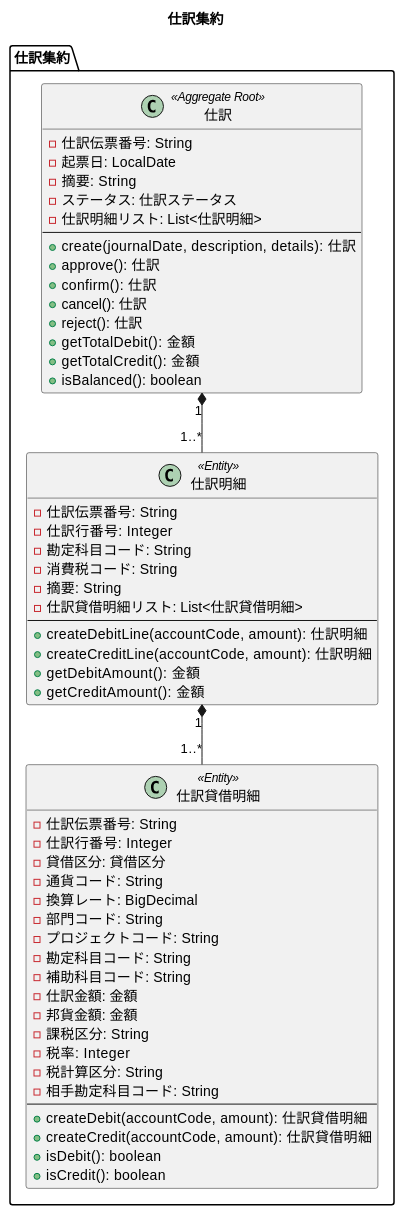
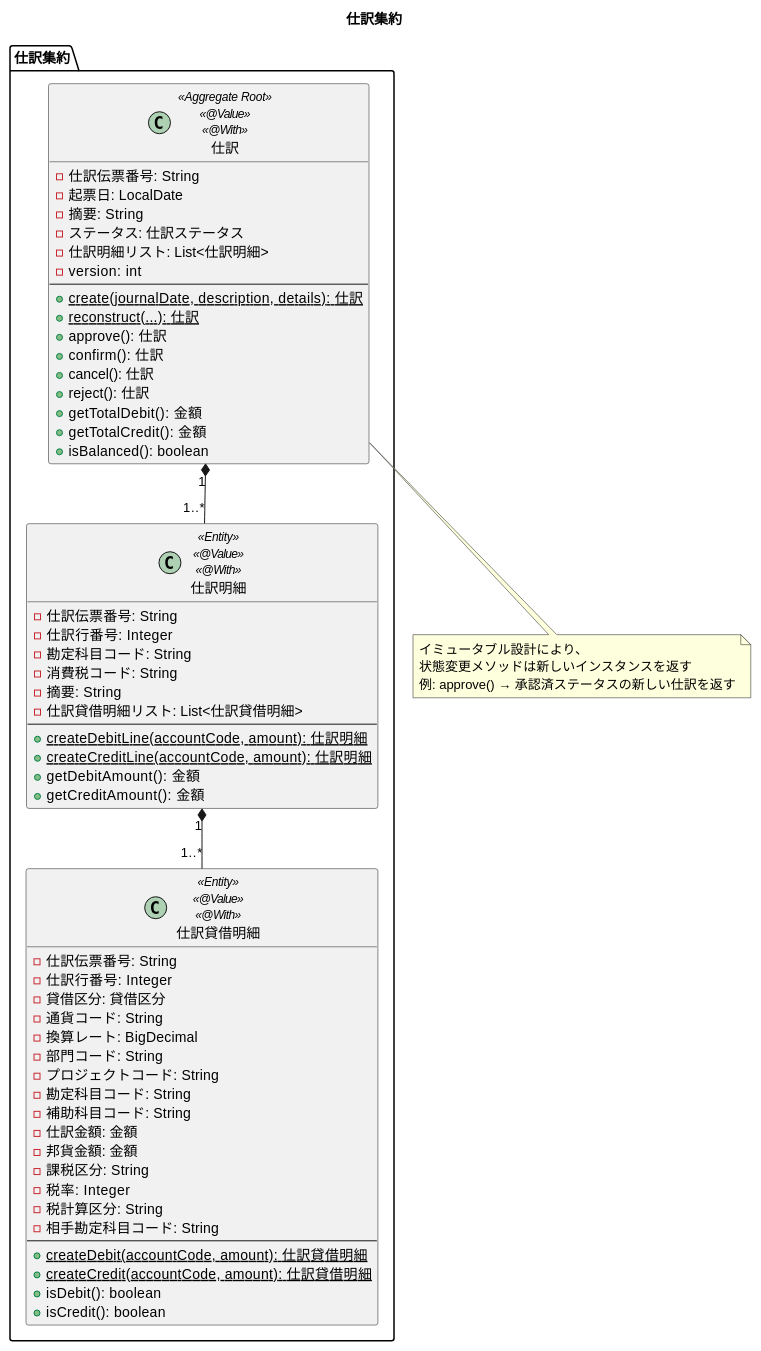
Before and after one commit to k2works/case-study-accounting: diagram 12 of 26 in docs/design/domain-model.md, drawn with PlantUML. The commit also changed other lines of this file and 1 other file, not shown here.

First line of the commit message:
docs: エンティティ設計を @Value と @With によるイミュータブル設計に更新

````diff
--- a/docs/design/domain-model.md
+++ b/docs/design/domain-model.md
@@ -329,65 +432,73 @@
 ```plantuml
 @startuml
 title 仕訳集約
 
 package "仕訳集約" {
-  class 仕訳 <<Aggregate Root>> {
+  class 仕訳 <<Aggregate Root>> <<@Value>> <<@With>> {
     - 仕訳伝票番号: String
     - 起票日: LocalDate
     - 摘要: String
     - ステータス: 仕訳ステータス
     - 仕訳明細リスト: List<仕訳明細>
+    - version: int
     --
-    + create(journalDate, description, details): 仕訳
+    + {static} create(journalDate, description, details): 仕訳
+    + {static} reconstruct(...): 仕訳
     + approve(): 仕訳
     + confirm(): 仕訳
     + cancel(): 仕訳
     + reject(): 仕訳
     + getTotalDebit(): 金額
     + getTotalCredit(): 金額
     + isBalanced(): boolean
   }
 
-  class 仕訳明細 <<Entity>> {
+  class 仕訳明細 <<Entity>> <<@Value>> <<@With>> {
     - 仕訳伝票番号: String
     - 仕訳行番号: Integer
     - 勘定科目コード: String
     - 消費税コード: String
     - 摘要: String
     - 仕訳貸借明細リスト: List<仕訳貸借明細>
     --
-    + createDebitLine(accountCode, amount): 仕訳明細
-    + createCreditLine(accountCode, amount): 仕訳明細
+    + {static} createDebitLine(accountCode, amount): 仕訳明細
+    + {static} createCreditLine(accountCode, amount): 仕訳明細
     + getDebitAmount(): 金額
     + getCreditAmount(): 金額
   }
 
-  class 仕訳貸借明細 <<Entity>> {
+  class 仕訳貸借明細 <<Entity>> <<@Value>> <<@With>> {
     - 仕訳伝票番号: String
     - 仕訳行番号: Integer
     - 貸借区分: 貸借区分
     - 通貨コード: String
     - 換算レート: BigDecimal
     - 部門コード: String
     - プロジェクトコード: String
     - 勘定科目コード: String
     - 補助科目コード: String
     - 仕訳金額: 金額
     - 邦貨金額: 金額
     - 課税区分: String
     - 税率: Integer
     - 税計算区分: String
     - 相手勘定科目コード: String
     --
-    + createDebit(accountCode, amount): 仕訳貸借明細
-    + createCredit(accountCode, amount): 仕訳貸借明細
+    + {static} createDebit(accountCode, amount): 仕訳貸借明細
+    + {static} createCredit(accountCode, amount): 仕訳貸借明細
     + isDebit(): boolean
     + isCredit(): boolean
   }
 
   仕訳 "1" *-- "1..*" 仕訳明細
   仕訳明細 "1" *-- "1..*" 仕訳貸借明細
 }
 
+note bottom of 仕訳
+  イミュータブル設計により、
+  状態変更メソッドは新しいインスタンスを返す
+  例: approve() → 承認済ステータスの新しい仕訳を返す
+end note
+
 @enduml
 ```
````
